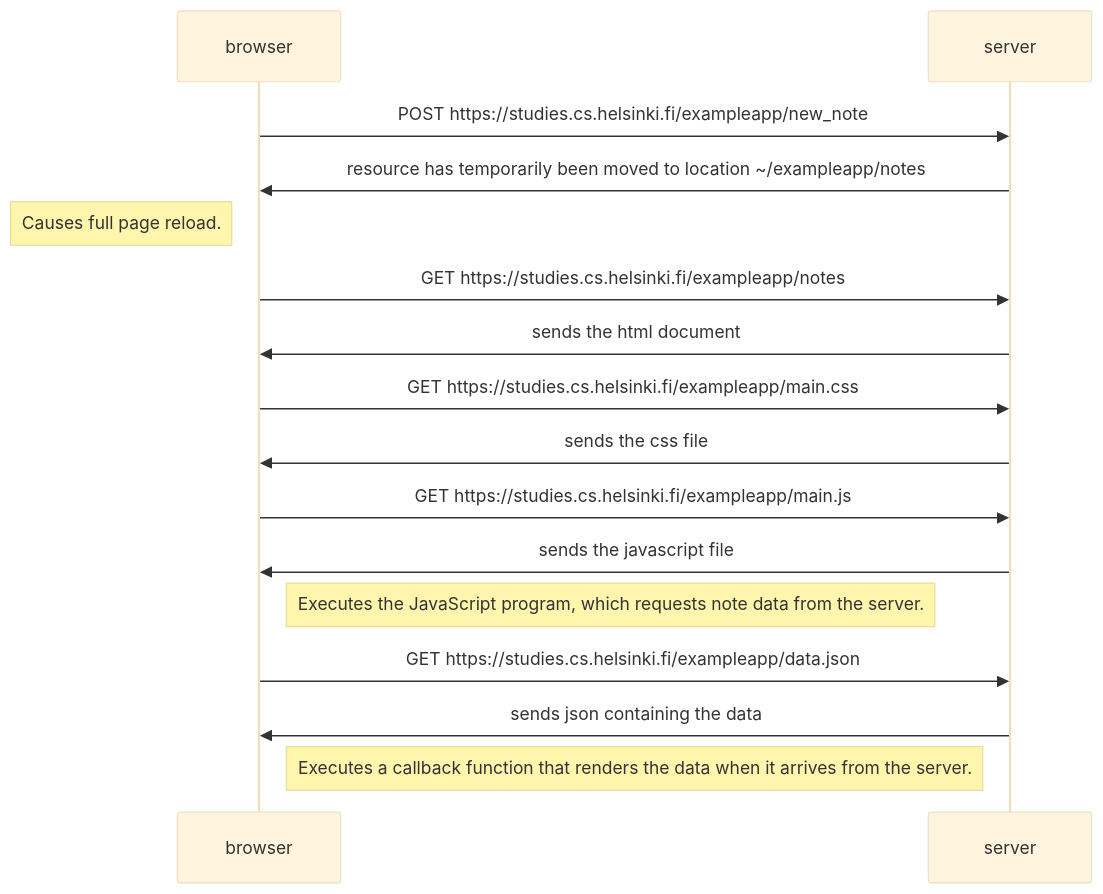
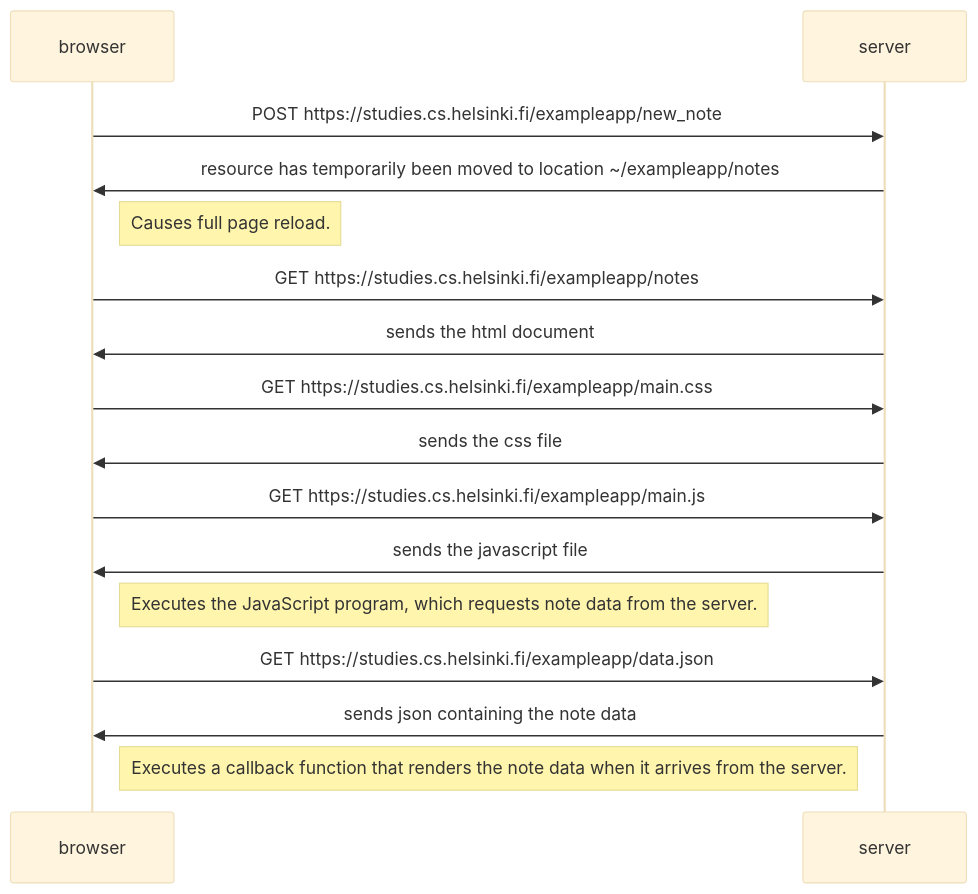
Before and after one commit to Vilioli/full-stack-open: the diagram in part-0-fundamentals/exercise-0-4.md, drawn with Mermaid (base theme). The commit also changed 2 other files, not shown here.

Commit message:
Adjust the exercise names in part-0 to be more accurate, add last exercise to part-0

````diff
--- a/part-0-fundamentals/exercise-0-4.md
+++ b/part-0-fundamentals/exercise-0-4.md
@@ -1,16 +1,16 @@
 ```mermaid
 sequenceDiagram
     browser->>server:POST https://studies.cs.helsinki.fi/exampleapp/new_note
     server->>browser:resource has temporarily been moved to location ~/exampleapp/notes
-    note left of browser: Causes full page reload.
+    note right of browser: Causes full page reload.
     browser->>server:GET https://studies.cs.helsinki.fi/exampleapp/notes
     server->>browser:sends the html document
     browser->>server:GET https://studies.cs.helsinki.fi/exampleapp/main.css
     server->>browser:sends the css file
     browser->>server:GET https://studies.cs.helsinki.fi/exampleapp/main.js
     server->>browser:sends the javascript file
     note right of browser:Executes the JavaScript program, which requests note data from the server.
     browser->>server:GET https://studies.cs.helsinki.fi/exampleapp/data.json
-    server->>browser:sends json containing the data
-    note right of browser:Executes a callback function that renders the data when it arrives from the server.
+    server->>browser:sends json containing the note data
+    note right of browser:Executes a callback function that renders the note data when it arrives from the server.
 ```
````
